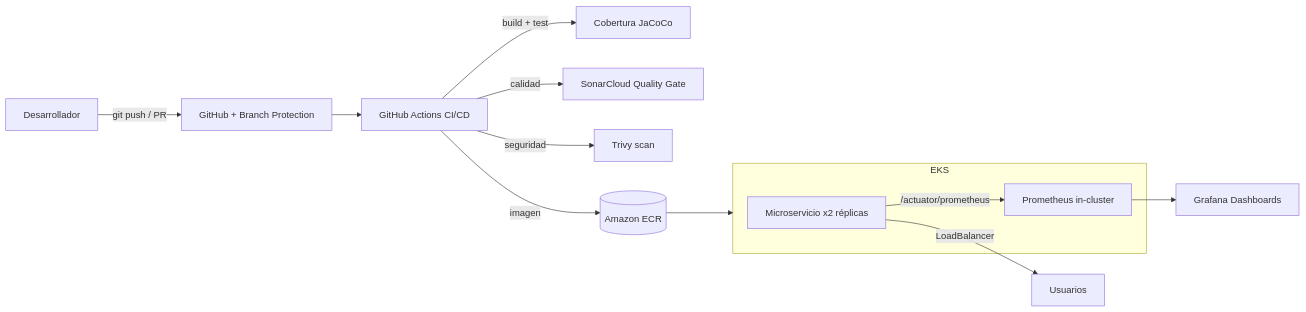
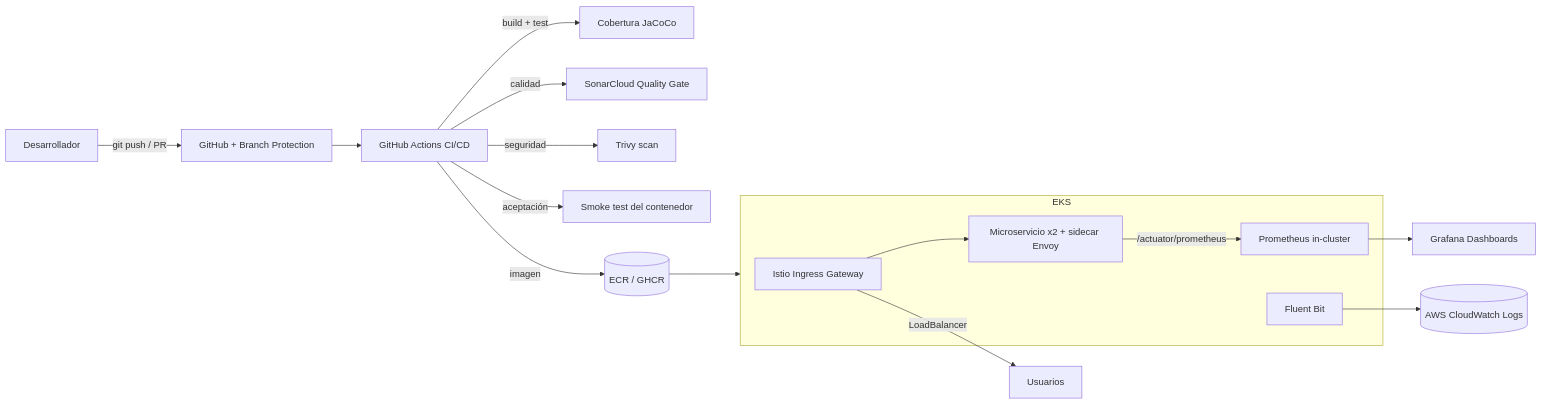
One commit to Marco-Parra25/ep3-devops-observabilidad changed the diagram in README.md. Above: the diagram before and after it, drawn with Mermaid. The commit also changed other lines of this file and 1 other file, not shown here.

Commit message:
docs(eft): completar README e INFORME (justificaciones/conclusiones/reflexiones del equipo + extensiones EFT) (#29)

````diff
--- a/README.md
+++ b/README.md
@@ -24,17 +25,22 @@
 ```mermaid
 flowchart LR
     Dev[Desarrollador] -->|git push / PR| GH[GitHub + Branch Protection]
     GH --> CI[GitHub Actions CI/CD]
     CI -->|build + test| JaCoCo[Cobertura JaCoCo]
     CI -->|calidad| Sonar[SonarCloud Quality Gate]
     CI -->|seguridad| Trivy[Trivy scan]
-    CI -->|imagen| ECR[(Amazon ECR)]
-    ECR --> EKS[AWS EKS - Kubernetes]
+    CI -->|aceptación| Accept[Smoke test del contenedor]
+    CI -->|imagen| REG[(ECR / GHCR)]
+    REG --> EKS[AWS EKS - Kubernetes]
     subgraph EKS
-      APP[Microservicio x2 réplicas]
+      ISTIO[Istio Ingress Gateway]
+      APP[Microservicio x2 + sidecar Envoy]
       PROM[Prometheus in-cluster]
+      FB[Fluent Bit]
+      ISTIO --> APP
     end
     APP -->|/actuator/prometheus| PROM
     PROM --> GRAF[Grafana Dashboards]
-    APP -->|LoadBalancer| Users[Usuarios]
+    FB --> CW[(AWS CloudWatch Logs)]
+    ISTIO -->|LoadBalancer| Users[Usuarios]
 ```
````
